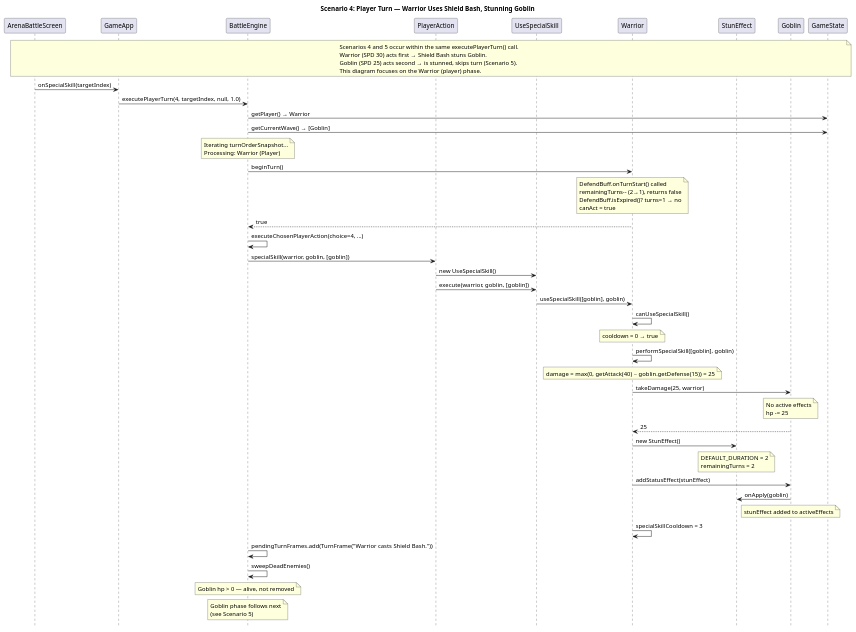
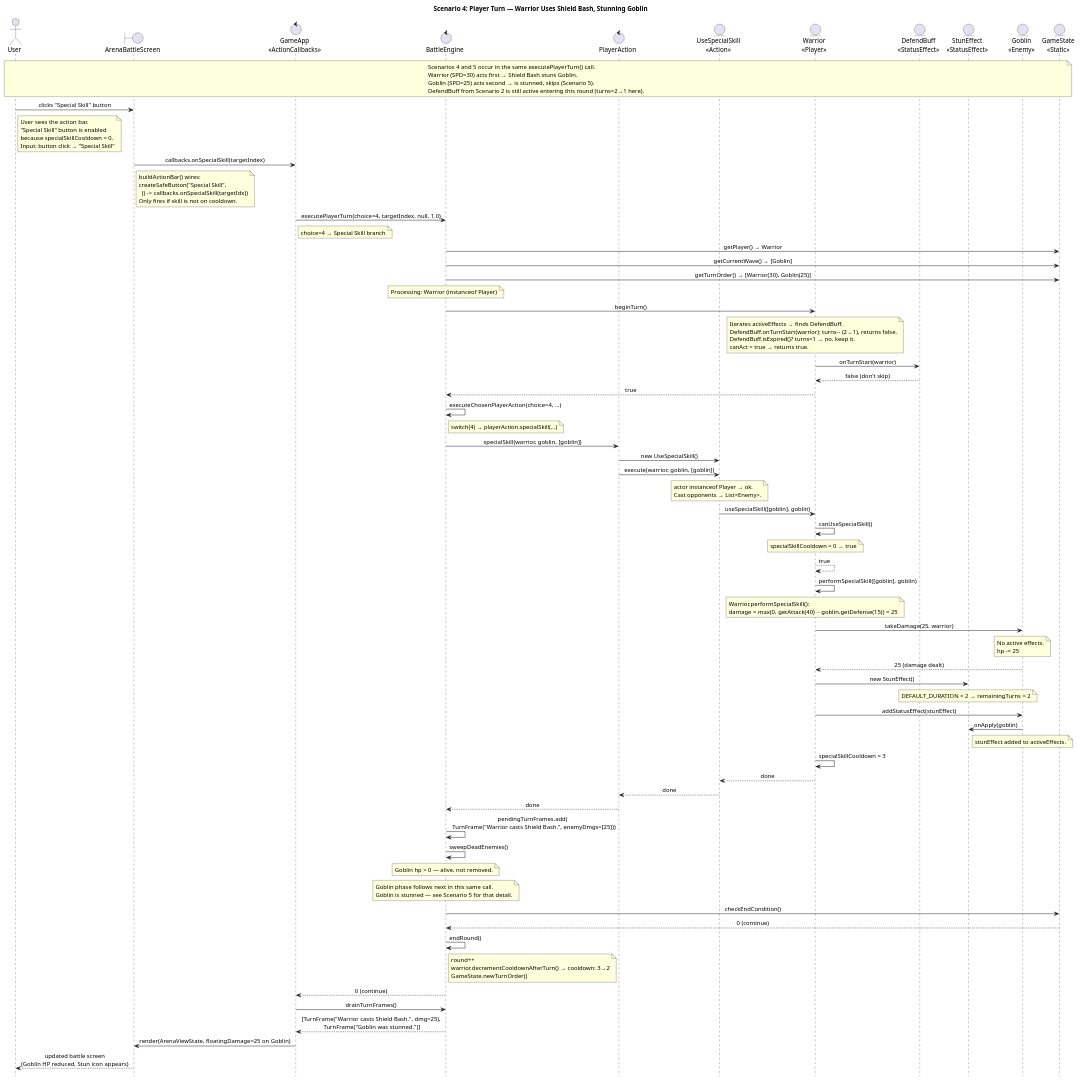
Before and after one commit to YongzhangLiu/sc2002-combat-arena: the diagram in newdiag/sequence/sequence_4.puml, drawn with PlantUML. The commit also changed 47 other files, not shown here.

Commit message:
Update diagrams in newdiag and remove legacy Diagrams folder

```diff
--- a/newdiag/sequence/sequence_4.puml
+++ b/newdiag/sequence/sequence_4.puml
@@ -1,62 +1,133 @@
 @startuml Sequence_4
 hide footbox
 title Scenario 4: Player Turn — Warrior Uses Shield Bash, Stunning Goblin
 
-participant "ArenaBattleScreen" as Screen
-participant "GameApp" as App
-participant "BattleEngine" as Engine
-participant "PlayerAction" as PA
-participant "UseSpecialSkill" as USS
-participant "Warrior" as Warrior
-participant "StunEffect" as Stun
-participant "Goblin" as Goblin
-participant "GameState" as State
+skinparam sequenceMessageAlign center
+skinparam responseMessageBelowArrow true
 
-note over Screen, State
-  Scenarios 4 and 5 occur within the same executePlayerTurn() call.
-  Warrior (SPD 30) acts first → Shield Bash stuns Goblin.
-  Goblin (SPD 25) acts second → is stunned, skips turn (Scenario 5).
-  This diagram focuses on the Warrior (player) phase.
+actor       "User"                          as User
+boundary    "ArenaBattleScreen"             as Screen
+control     "GameApp\n<<ActionCallbacks>>"  as App
+control     "BattleEngine"                  as Engine
+control     "PlayerAction"                  as PA
+entity      "UseSpecialSkill\n<<Action>>"   as USS
+entity      "Warrior\n<<Player>>"           as Warrior
+entity      "DefendBuff\n<<StatusEffect>>"  as Buff
+entity      "StunEffect\n<<StatusEffect>>"  as Stun
+entity      "Goblin\n<<Enemy>>"             as Goblin
+entity      "GameState\n<<Static>>"         as State
+
+note over User, State
+  Scenarios 4 and 5 occur in the same executePlayerTurn() call.
+  Warrior (SPD=30) acts first → Shield Bash stuns Goblin.
+  Goblin (SPD=25) acts second → is stunned, skips (Scenario 5).
+  DefendBuff from Scenario 2 is still active entering this round (turns=2→1 here).
 end note
 
-Screen -> App : onSpecialSkill(targetIndex)
-App -> Engine : executePlayerTurn(4, targetIndex, null, 1.0)
+' ── User Input ─────────────────────────────────────────────────
+User -> Screen : clicks "Special Skill" button
+note right of User
+  User sees the action bar.
+  "Special Skill" button is enabled
+  because specialSkillCooldown = 0.
+  Input: button click → "Special Skill"
+end note
+
+' ── UI → Callback → Engine ─────────────────────────────────────
+Screen -> App : callbacks.onSpecialSkill(targetIndex)
+note right of Screen
+  buildActionBar() wires:
+  createSafeButton("Special Skill",
+    () -> callbacks.onSpecialSkill(targetIdx))
+  Only fires if skill is not on cooldown.
+end note
+
+App -> Engine : executePlayerTurn(choice=4, targetIndex, null, 1.0)
+note right of App : choice=4 → Special Skill branch
+
 Engine -> State : getPlayer() → Warrior
 Engine -> State : getCurrentWave() → [Goblin]
+Engine -> State : getTurnOrder() → [Warrior(30), Goblin(25)]
 
-note over Engine : Iterating turnOrderSnapshot...\nProcessing: Warrior (Player)
+' ── Warrior Phase ──────────────────────────────────────────────
+note over Engine : Processing: Warrior (instanceof Player)
 
 Engine -> Warrior : beginTurn()
-note over Warrior : DefendBuff.onTurnStart() called\nremainingTurns-- (2→1), returns false\nDefendBuff.isExpired()? turns=1 → no\ncanAct = true
+note over Warrior
+  Iterates activeEffects → finds DefendBuff.
+  DefendBuff.onTurnStart(warrior): turns-- (2→1), returns false.
+  DefendBuff.isExpired()? turns=1 → no, keep it.
+  canAct = true → returns true.
+end note
+Warrior -> Buff : onTurnStart(warrior)
+Buff --> Warrior : false (don't skip)
 Warrior --> Engine : true
 
 Engine -> Engine : executeChosenPlayerAction(choice=4, ...)
+note right of Engine : switch(4) → playerAction.specialSkill(...)
+
 Engine -> PA : specialSkill(warrior, goblin, [goblin])
 PA -> USS : new UseSpecialSkill()
 PA -> USS : execute(warrior, goblin, [goblin])
 
+note over USS
+  actor instanceof Player → ok.
+  Cast opponents → List<Enemy>.
+end note
+
 USS -> Warrior : useSpecialSkill([goblin], goblin)
 Warrior -> Warrior : canUseSpecialSkill()
-note over Warrior : cooldown = 0 → true
+note over Warrior : specialSkillCooldown = 0 → true
+Warrior --> Warrior : true
 Warrior -> Warrior : performSpecialSkill([goblin], goblin)
 
-note over Warrior : damage = max(0, getAttack(40) − goblin.getDefense(15)) = 25
+note over Warrior
+  Warrior.performSpecialSkill():
+  damage = max(0, getAttack(40) − goblin.getDefense(15)) = 25
+end note
 Warrior -> Goblin : takeDamage(25, warrior)
-note over Goblin : No active effects\nhp -= 25
-Goblin --> Warrior : 25
+note over Goblin
+  No active effects.
+  hp -= 25
+end note
+Goblin --> Warrior : 25 (damage dealt)
 
 Warrior -> Stun : new StunEffect()
-note over Stun : DEFAULT_DURATION = 2\nremainingTurns = 2
+note over Stun : DEFAULT_DURATION = 2 → remainingTurns = 2
 Warrior -> Goblin : addStatusEffect(stunEffect)
 Goblin -> Stun : onApply(goblin)
-note over Goblin : stunEffect added to activeEffects
+note over Goblin : stunEffect added to activeEffects.
 
 Warrior -> Warrior : specialSkillCooldown = 3
+Warrior --> USS : done
+USS --> PA : done
+PA --> Engine : done
 
-Engine -> Engine : pendingTurnFrames.add(TurnFrame("Warrior casts Shield Bash."))
+Engine -> Engine : pendingTurnFrames.add(\n  TurnFrame("Warrior casts Shield Bash.", enemyDmgs=[25]))
 Engine -> Engine : sweepDeadEnemies()
-note over Engine : Goblin hp > 0 — alive, not removed
+note over Engine : Goblin hp > 0 — alive, not removed.
 
-note over Engine : Goblin phase follows next\n(see Scenario 5)
+' ── Goblin Phase ───────────────────────────────────────────────
+note over Engine
+  Goblin phase follows next in this same call.
+  Goblin is stunned — see Scenario 5 for that detail.
+end note
+
+' ── End of Round ───────────────────────────────────────────────
+Engine -> State : checkEndCondition()
+State --> Engine : 0 (continue)
+Engine -> Engine : endRound()
+note right of Engine
+  round++
+  warrior.decrementCooldownAfterTurn() → cooldown: 3→2
+  GameState.newTurnOrder()
+end note
+Engine --> App : 0 (continue)
+
+' ── Render Result ──────────────────────────────────────────────
+App -> Engine : drainTurnFrames()
+Engine --> App : [TurnFrame("Warrior casts Shield Bash.", dmg=25),\n TurnFrame("Goblin was stunned.")]
+App -> Screen : render(ArenaViewState, floatingDamage=25 on Goblin)
+Screen --> User : updated battle screen\n(Goblin HP reduced, Stun icon appears)
 
 @enduml
```
